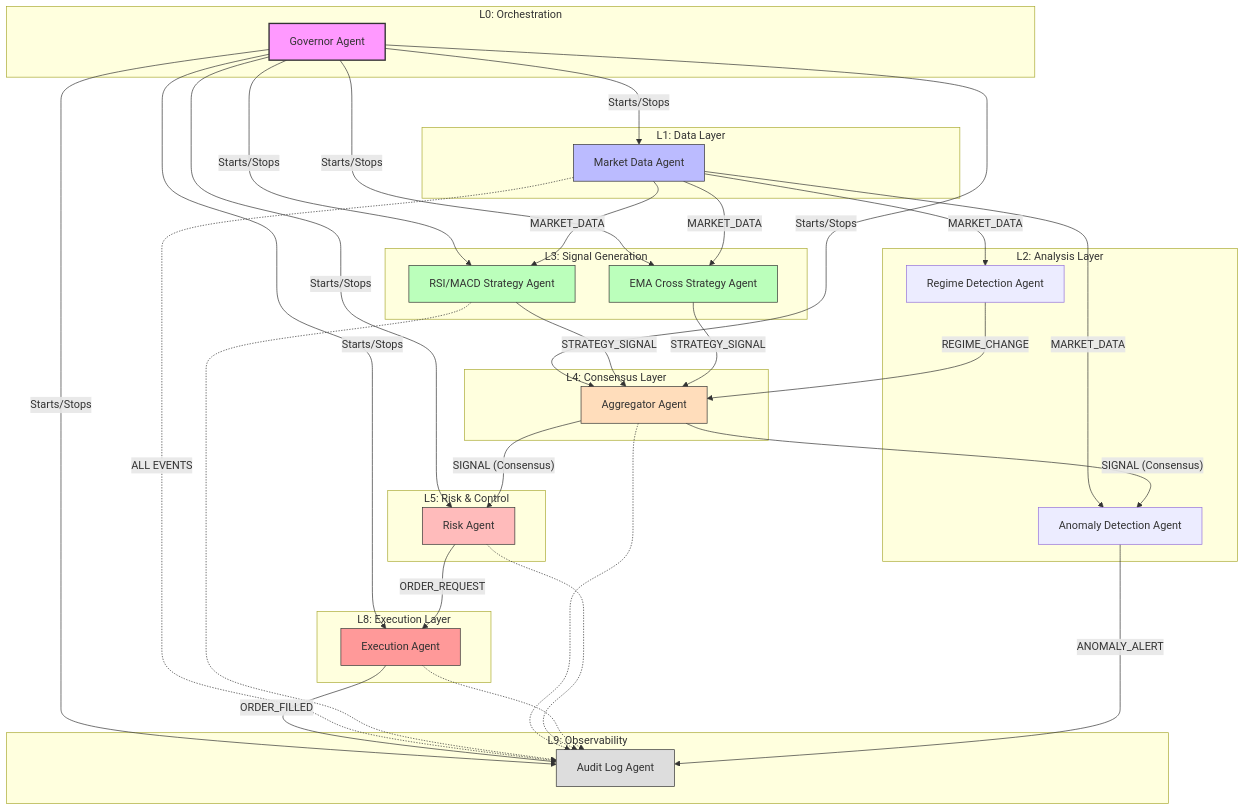
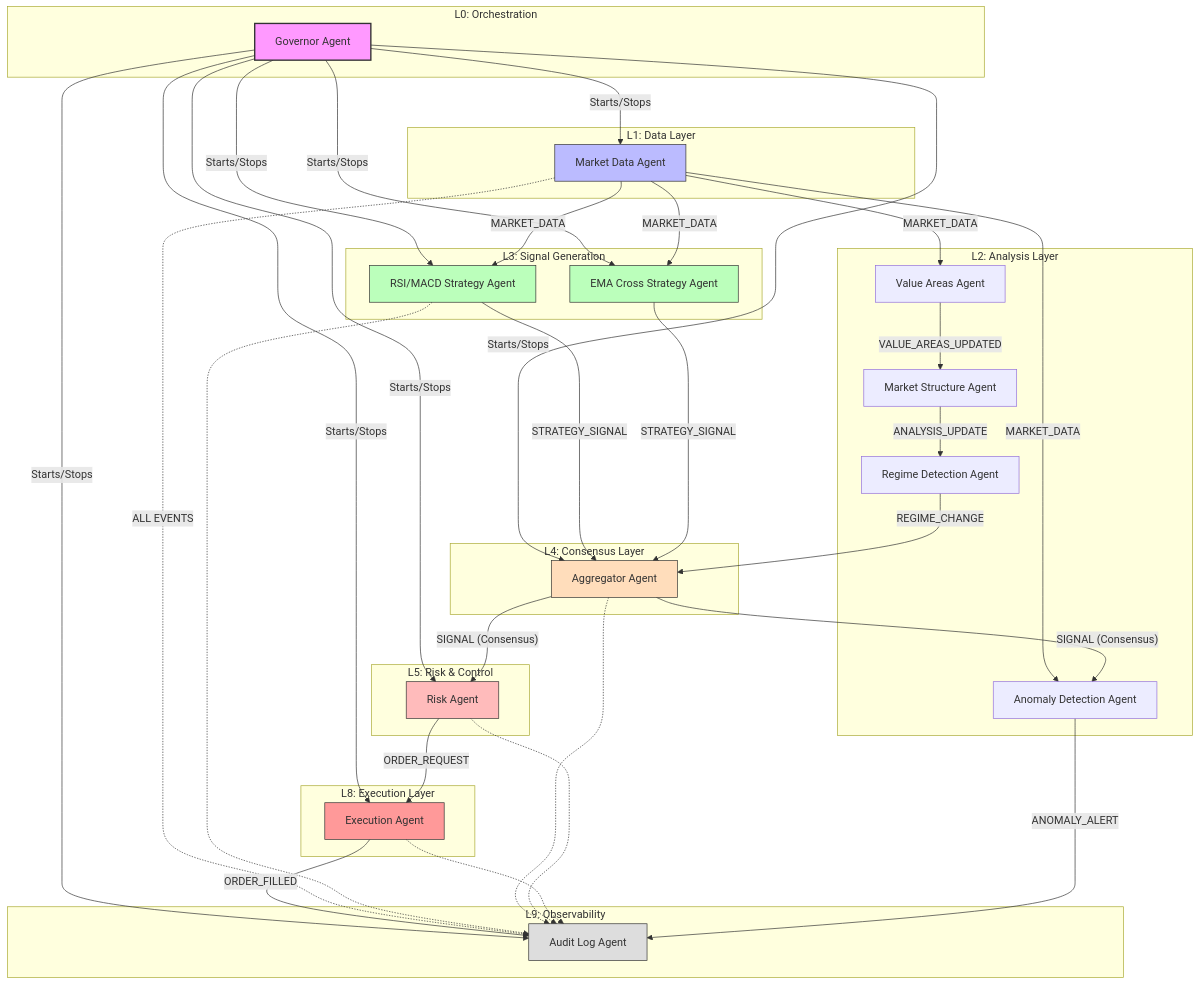
The diagram in docs/agent_workflow.md (Nextein/AiTrader), drawn with Mermaid before and after one commit. The commit also changed other lines of this file and 1 other file, not shown here.

Commit message:
Add to documentation

```diff
--- a/docs/agent_workflow.md
+++ b/docs/agent_workflow.md
@@ -19,6 +19,8 @@
     end
 
     subgraph L2_Analysis [L2: Analysis Layer]
+        ValueAreas[Value Areas Agent]
+        MarketStructure[Market Structure Agent]
         Regime[Regime Detection Agent]
         Anomaly[Anomaly Detection Agent]
     end
@@ -56,8 +58,12 @@
     %% Data Flow
     MarketData -- "MARKET_DATA" --> Strategy1
     MarketData -- "MARKET_DATA" --> Strategy2
-    MarketData -- "MARKET_DATA" --> Regime
+    MarketData -- "MARKET_DATA" --> ValueAreas
     MarketData -- "MARKET_DATA" --> Anomaly
+
+    %% Intelligence Flow
+    ValueAreas -- "VALUE_AREAS_UPDATED" --> MarketStructure
+    MarketStructure -- "ANALYSIS_UPDATE" --> Regime
 
     %% Signal Flow
     Strategy1 -- "STRATEGY_SIGNAL" --> Aggregator
```
